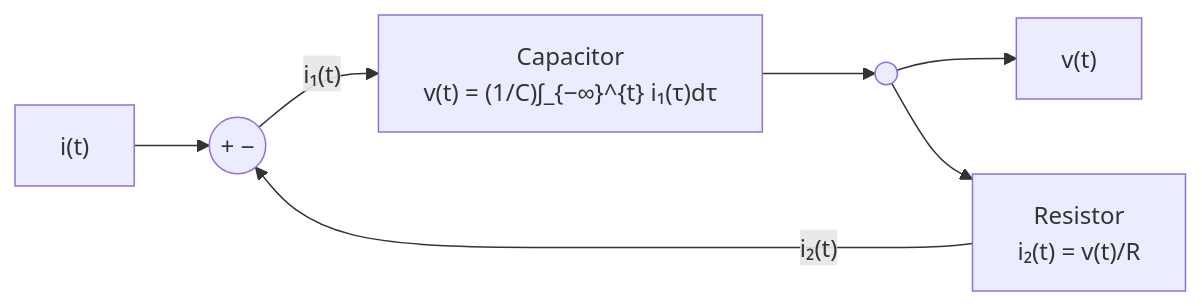
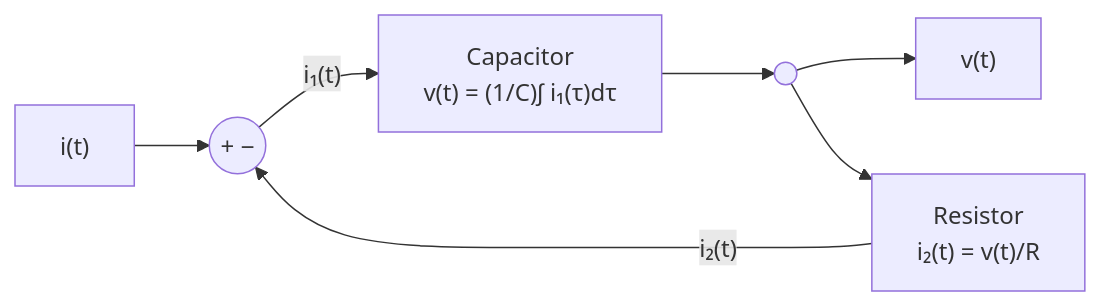
Before and after one commit to KayeAdams515/ClaudeNotes: the ninth of 9 diagrams in 信号与系统/C1.5 连续时间与离散时间系统.md, drawn with Mermaid. The commit also changed other lines of this file and 23 other files, not shown here.

````diff
--- a/信号与系统/C1.5 连续时间与离散时间系统.md
+++ b/信号与系统/C1.5 连续时间与离散时间系统.md
@@ -307,9 +387,9 @@
 ```mermaid
 flowchart LR
     I["i(t)"] --> SUM(("+ −"))
-    SUM -->|"i₁(t)"| CAP["Capacitor<br/>v(t) = (1/C)∫_{−∞}^{t} i₁(τ)dτ"]
+    SUM -->|"i₁(t)"| CAP["Capacitor<br/>v(t) = (1/C)∫ i₁(τ)dτ"]
     CAP --> N(( ))
     N --> O["v(t)"]
     N --> RES["Resistor<br/>i₂(t) = v(t)/R"]
     RES -->|"i₂(t)"| SUM
 ```
````
